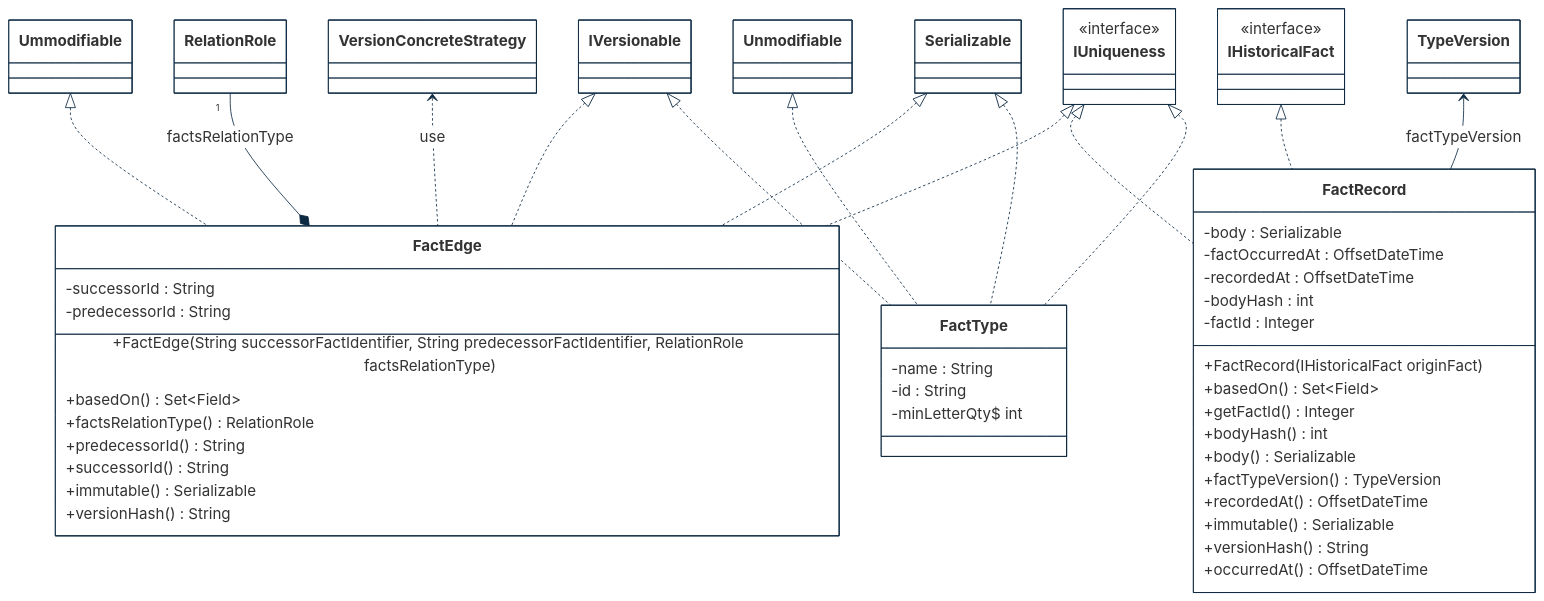
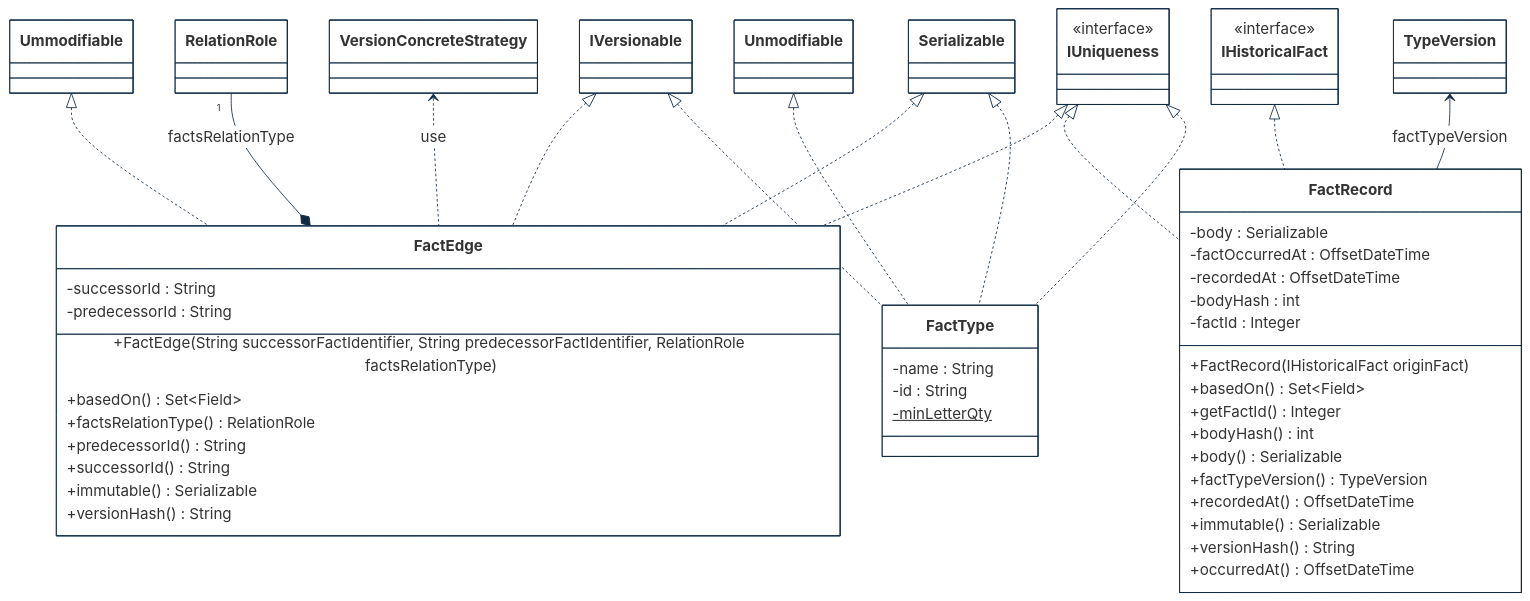
One commit to cybnity/foundation changed the first of 3 diagrams in implementations-line/framework/immutable/designview-packages.md. Above: the diagram before and after it, drawn with Mermaid.

````diff
--- a/implementations-line/framework/immutable/designview-packages.md
+++ b/implementations-line/framework/immutable/designview-packages.md
@@ -15,76 +15,76 @@
 ```mermaid
 %%{
   init: {
     'theme': 'base',
     'themeVariables': {
         'background': '#ffffff',
         'fontFamily': 'arial',
         'fontSize': '18px',
         'primaryColor': '#fff',
         'primaryBorderColor': '#0e2a43',
         'secondaryBorderColor': '#0e2a43',
         'tertiaryBorderColor': '#0e2a43',
         'edgeLabelBackground':'#0e2a43',
         'lineColor': '#0e2a43',
         'tertiaryColor': '#fff'
     }
   }
 }%%
 classDiagram
     Ummodifiable <|.. FactEdge
     Unmodifiable <|.. FactType
     IVersionable <|.. FactEdge
     IVersionable <|.. FactType
     RelationRole "1" --* FactEdge : factsRelationType
     IHistoricalFact <|.. FactRecord
     VersionConcreteStrategy <.. FactEdge : use
     IUniqueness <|.. FactEdge
     IUniqueness <|.. FactRecord
     IUniqueness <|.. FactType
     Serializable <|.. FactEdge
     Serializable <|.. FactType
     TypeVersion <-- FactRecord : factTypeVersion
 
     class FactType {
         -name : String
         -id : String
-        -minLetterQty$ int
+        -minLetterQty$
     }
     class IHistoricalFact {
         <<interface>>
     }
     class IUniqueness {
         <<interface>>
     }
     class RelationRole {
     }
     class FactEdge {
         -successorId : String
         -predecessorId : String
         +FactEdge(String successorFactIdentifier, String predecessorFactIdentifier, RelationRole factsRelationType)
         +basedOn() Set~Field~
         +factsRelationType() RelationRole
         +predecessorId() String
         +successorId() String
         +immutable() Serializable
         +versionHash() String
     }
     class FactRecord {
         -body : Serializable
         -factOccurredAt : OffsetDateTime
         -recordedAt : OffsetDateTime
         -bodyHash : int
         -factId : Integer
         +FactRecord(IHistoricalFact originFact)
         +basedOn() Set~Field~
         +getFactId() Integer
         +bodyHash() int
         +body() Serializable
         +factTypeVersion() TypeVersion
         +recordedAt() OffsetDateTime
         +immutable() Serializable
         +versionHash() String
         +occurredAt() OffsetDateTime
     }
 
 ```
````
